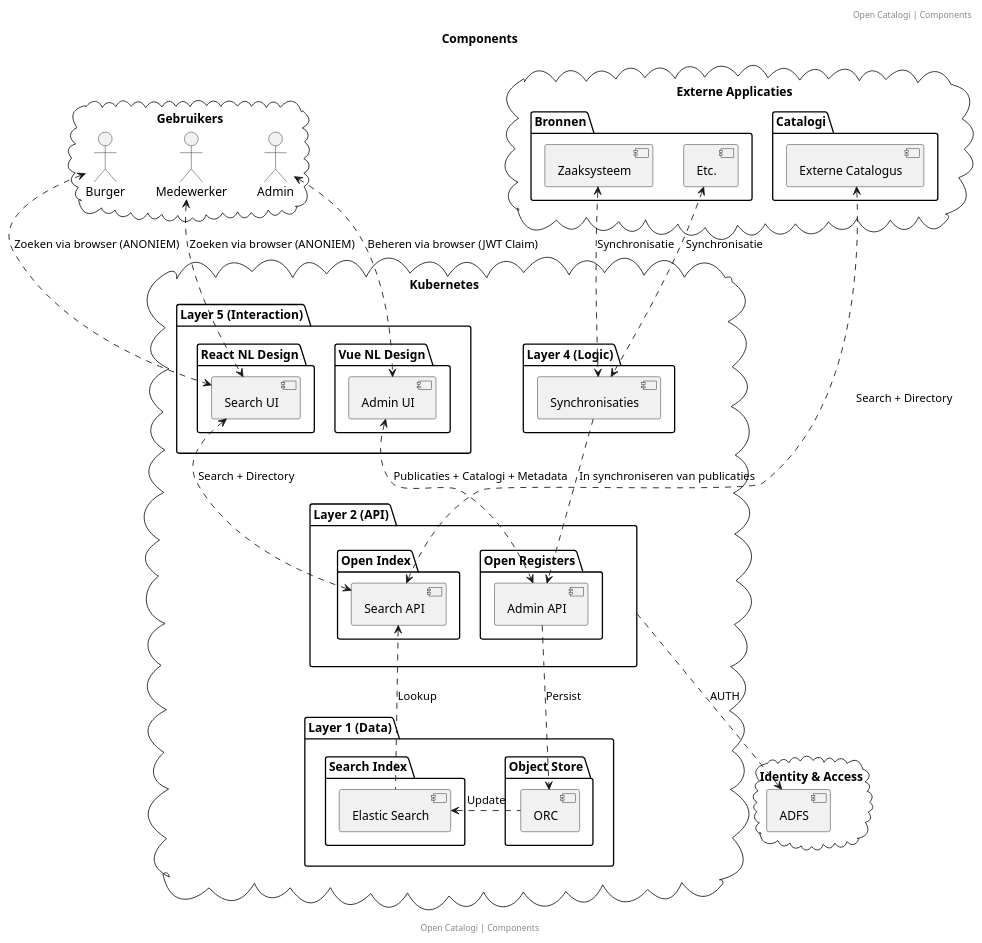
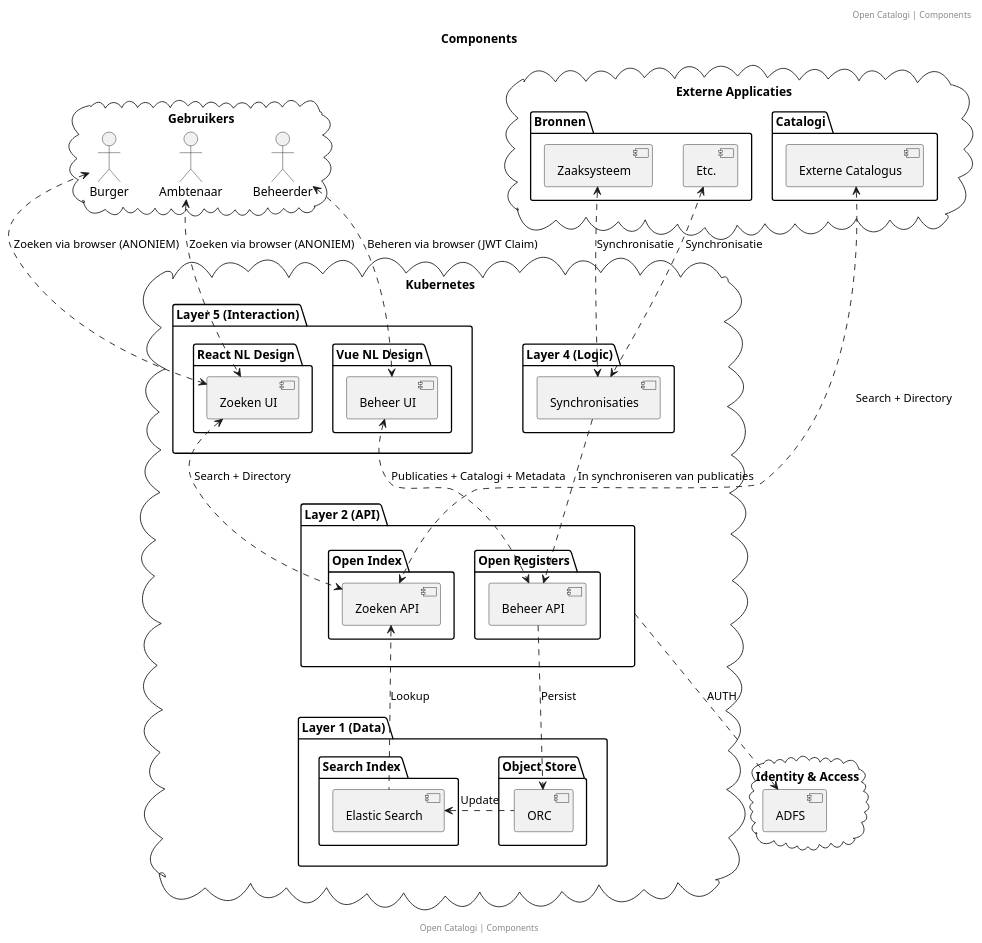
One commit to OpenCatalogi/.github changed the diagram in docs/handleidingen/componenten.puml. Above: the diagram before and after it, drawn with PlantUML. The commit also changed 1 other file, not shown here.

```diff
--- a/docs/handleidingen/componenten.puml
+++ b/docs/handleidingen/componenten.puml
@@ -1,78 +1,78 @@
 @startuml
 title: Components
 footer: Open Catalogi | Components
 header: Open Catalogi | Components
 
 cloud "Identity & Access"{
  [ADFS] as identity
 }
 
 cloud "Gebruikers"{
 actor "Burger" as burger
-actor "Medewerker" as medewerker
-actor "Admin" as adminUser
+actor "Ambtenaar" as medewerker
+actor "Beheerder" as adminUser
 }
 
 cloud "Externe Applicaties"{
 package "Bronnen" {
  [Zaaksysteem] as ZGW
  [Etc.] as ETC
 }
 package "Catalogi" {
  [Externe Catalogus] as externalCatalogue
 }
 }
 
 cloud "Kubernetes"{
 
 package "Layer 5 (Interaction)" {
 package "React NL Design" {
- [Search UI] as ui
+ [Zoeken UI] as ui
 }
 
 package "Vue NL Design" {
- [Admin UI] as admin
+ [Beheer UI] as admin
 }
 }
 
 package "Layer 4 (Logic)" as layer4 {
  [Synchronisaties] as service
 }
 
 package "Layer 2 (API)" as layer2 {
 
 package "Open Index" {
- [Search API] as SearchAPI
+ [Zoeken API] as SearchAPI
 }
 package "Open Registers" {
- [Admin API] as ObjectsAPI
+ [Beheer API] as ObjectsAPI
 }
 }
 
 package "Layer 1 (Data)" {
 
 package "Search Index" {
  [Elastic Search] as search
 }
 
 package "Object Store" {
  [ORC] as db
 }
 }
 
 externalCatalogue <..> SearchAPI: Search + Directory
 burger <..> ui: Zoeken via browser (ANONIEM)
 medewerker <..> ui: Zoeken via browser (ANONIEM)
 adminUser <..> admin: Beheren via browser (JWT Claim)
 
 ui <..> SearchAPI: Search + Directory
 admin <..> ObjectsAPI: Publicaties + Catalogi + Metadata
 ZGW <..> service: Synchronisatie
 ETC <..> service: Synchronisatie
 
 db .left.> search: Update
 ObjectsAPI .down.> db: Persist
 SearchAPI <.down. search: Lookup
 layer2 .down.> identity: AUTH
 service .down.> ObjectsAPI: In synchroniseren van publicaties
 @enduml
```
